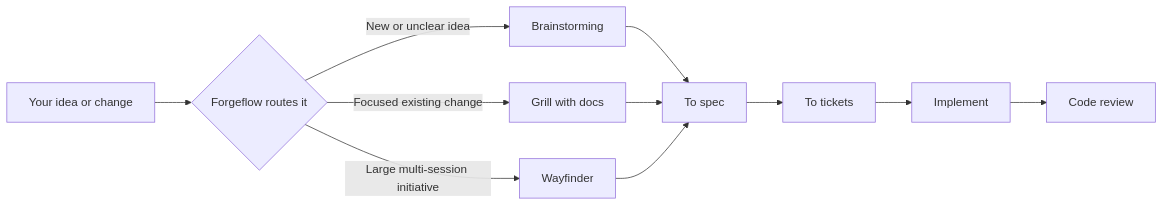
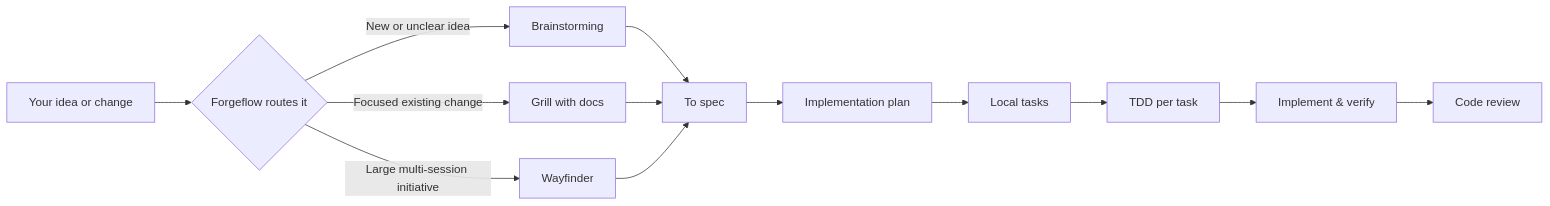
One commit to DaniManas/ForgeFlow changed the diagram in README.md. Above: the diagram before and after it, drawn with Mermaid. The commit also changed other lines of this file and 12 other files, not shown here.

Commit message:
Add local-first TDD workflow

````diff
--- a/README.md
+++ b/README.md
@@ -11,13 +11,15 @@
 ```mermaid
 flowchart LR
     A["Your idea or change"] --> B{"Forgeflow routes it"}
     B -->|"New or unclear idea"| C["Brainstorming"]
     B -->|"Focused existing change"| D["Grill with docs"]
     B -->|"Large multi-session initiative"| E["Wayfinder"]
     C --> F["To spec"]
     D --> F
     E --> F
-    F --> G["To tickets"]
-    G --> H["Implement"]
-    H --> I["Code review"]
+    F --> G["Implementation plan"]
+    G --> H["Local tasks"]
+    H --> J["TDD per task"]
+    J --> K["Implement & verify"]
+    K --> I["Code review"]
 ```
````
